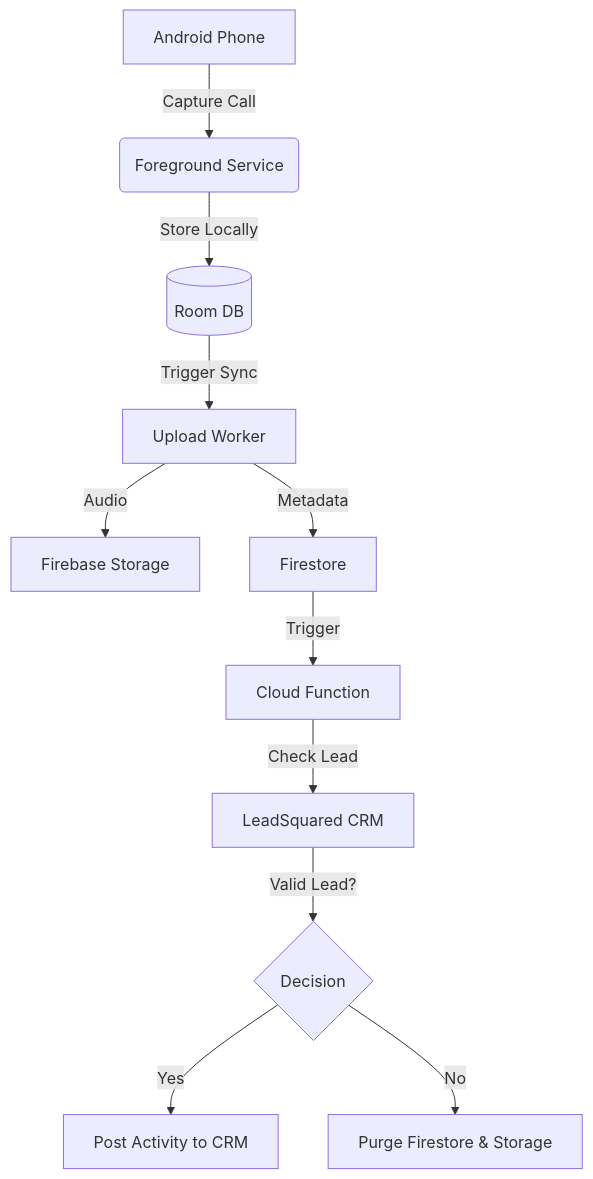
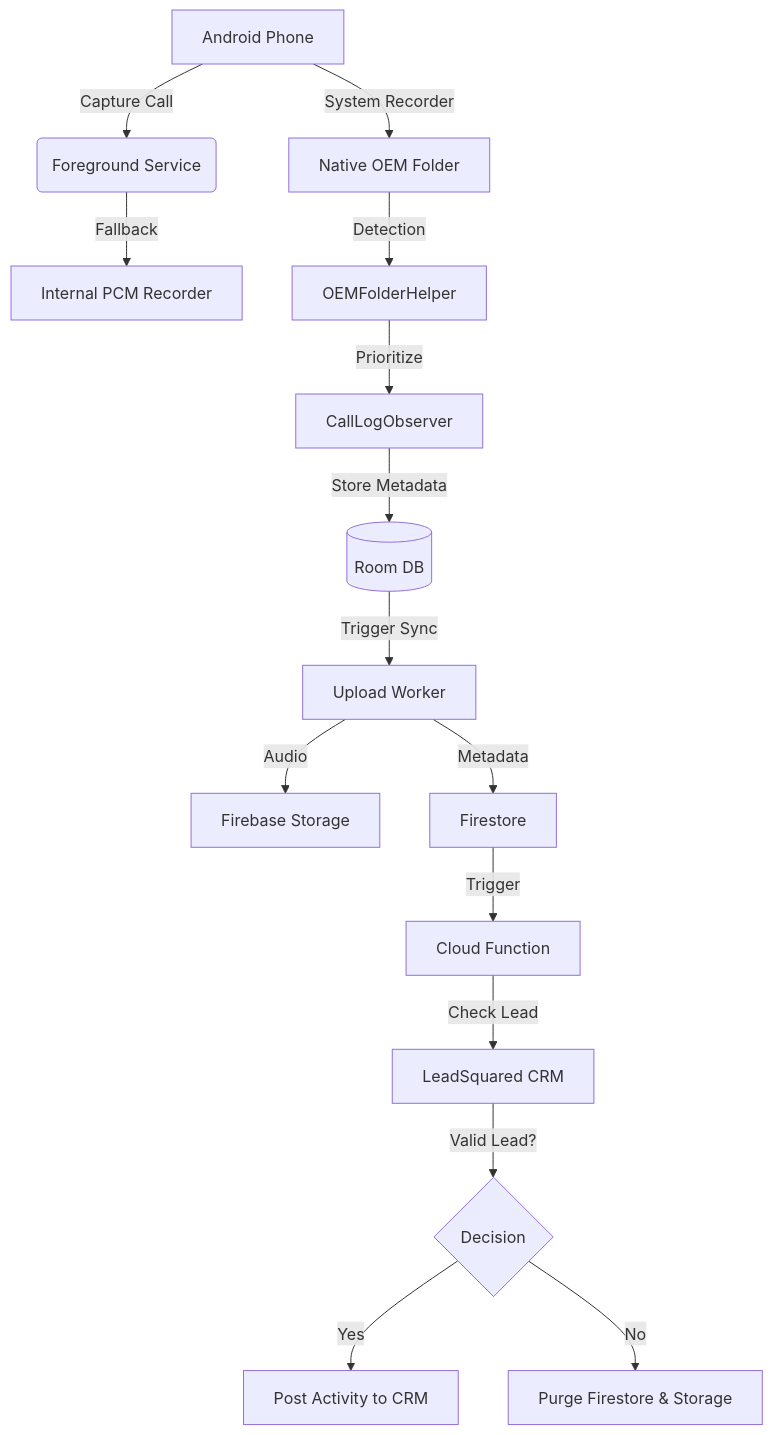
One commit to isaee-xyz/CloudTrack changed the diagram in ARCHITECTURE.md. Above: the diagram before and after it, drawn with Mermaid. The commit also changed other lines of this file and 4 other files, not shown here.

Commit message:
feat: implement OEM recording detection and update docs

````diff
--- a/ARCHITECTURE.md
+++ b/ARCHITECTURE.md
@@ -6,13 +6,17 @@
 ```mermaid
 graph TD
     A[Android Phone] -->|Capture Call| B(Foreground Service)
-    B -->|Store Locally| C[(Room DB)]
-    C -->|Trigger Sync| D[Upload Worker]
-    D -->|Audio| E[Firebase Storage]
-    D -->|Metadata| F[Firestore]
-    F -->|Trigger| G[Cloud Function]
-    G -->|Check Lead| H[LeadSquared CRM]
-    H -->|Valid Lead?| I{Decision}
-    I -->|Yes| J[Post Activity to CRM]
-    I -->|No| K[Purge Firestore & Storage]
+    B -->|Fallback| C[Internal PCM Recorder]
+    A -->|System Recorder| D[Native OEM Folder]
+    D -->|Detection| E[OEMFolderHelper]
+    E -->|Prioritize| F[CallLogObserver]
+    F -->|Store Metadata| G[(Room DB)]
+    G -->|Trigger Sync| H[Upload Worker]
+    H -->|Audio| I[Firebase Storage]
+    H -->|Metadata| J[Firestore]
+    J -->|Trigger| K[Cloud Function]
+    K -->|Check Lead| L[LeadSquared CRM]
+    L -->|Valid Lead?| M{Decision}
+    M -->|Yes| N[Post Activity to CRM]
+    M -->|No| O[Purge Firestore & Storage]
 ```
````
